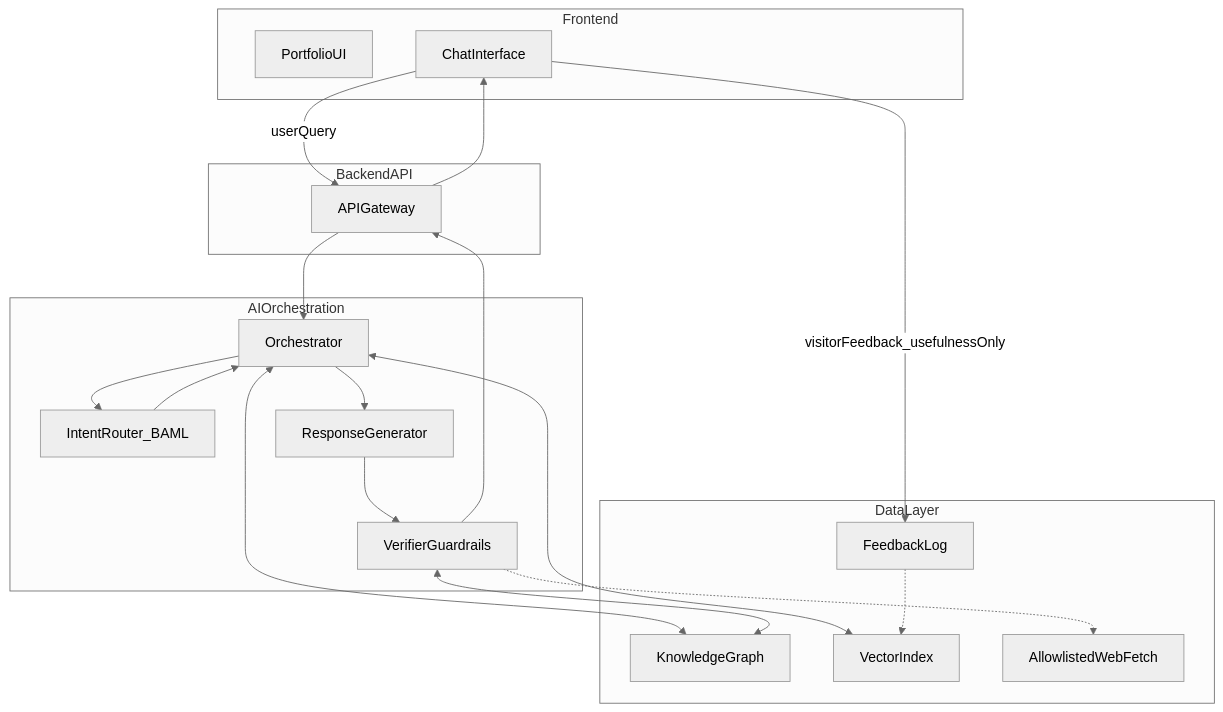
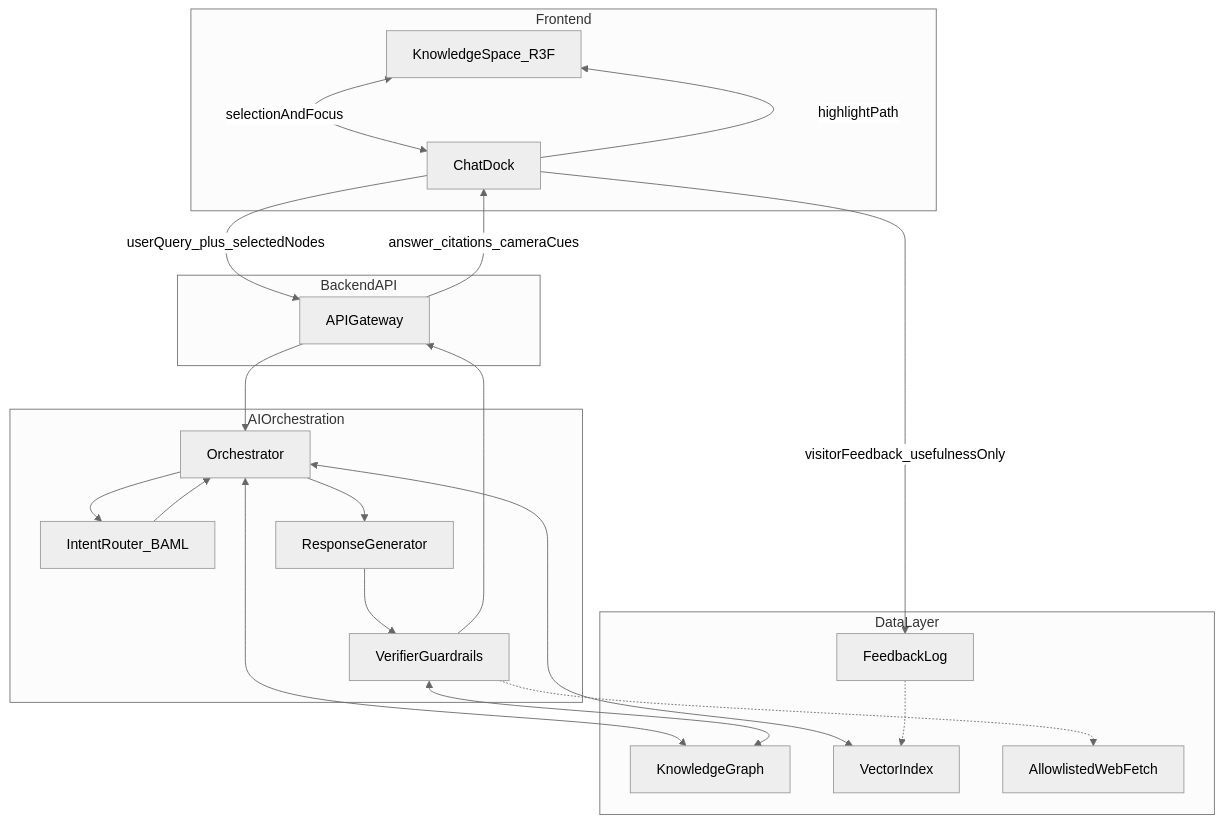
One commit to 9spire/rebecca-dittmar changed the first of 2 diagrams in docs/architecture/overview.md. Above: the diagram before and after it, drawn with Mermaid (neutral theme). The commit also changed other lines of this file and 6 other files, not shown here.

First line of the commit message:
Spec bespoke R3F knowledge space as primary interaction.

````diff
--- a/docs/architecture/overview.md
+++ b/docs/architecture/overview.md
@@ -23,36 +24,38 @@
 ```mermaid
 flowchart TB
   subgraph frontend [Frontend]
-    UI[PortfolioUI]
-    Chat[ChatInterface]
+    Space[KnowledgeSpace_R3F]
+    Chat[ChatDock]
   end
   subgraph api [BackendAPI]
     GW[APIGateway]
   end
   subgraph orch [AIOrchestration]
     Orch[Orchestrator]
     Intent[IntentRouter_BAML]
     Gen[ResponseGenerator]
     Ver[VerifierGuardrails]
   end
   subgraph data [DataLayer]
     KG[KnowledgeGraph]
     Vec[VectorIndex]
     FB[FeedbackLog]
     Web[AllowlistedWebFetch]
   end
-  Chat -->|userQuery| GW
+  Space <-->|selectionAndFocus| Chat
+  Chat -->|userQuery_plus_selectedNodes| GW
   GW --> Orch
   Orch --> Intent
   Intent --> Orch
   Orch <--> KG
   Orch <--> Vec
   Orch --> Gen
   Gen --> Ver
   Ver <--> KG
   Ver -.-> Web
   Ver --> GW
-  GW --> Chat
+  GW -->|answer_citations_cameraCues| Chat
+  Chat -->|highlightPath| Space
   Chat -->|visitorFeedback_usefulnessOnly| FB
   FB -.-> Vec
 ```
````
